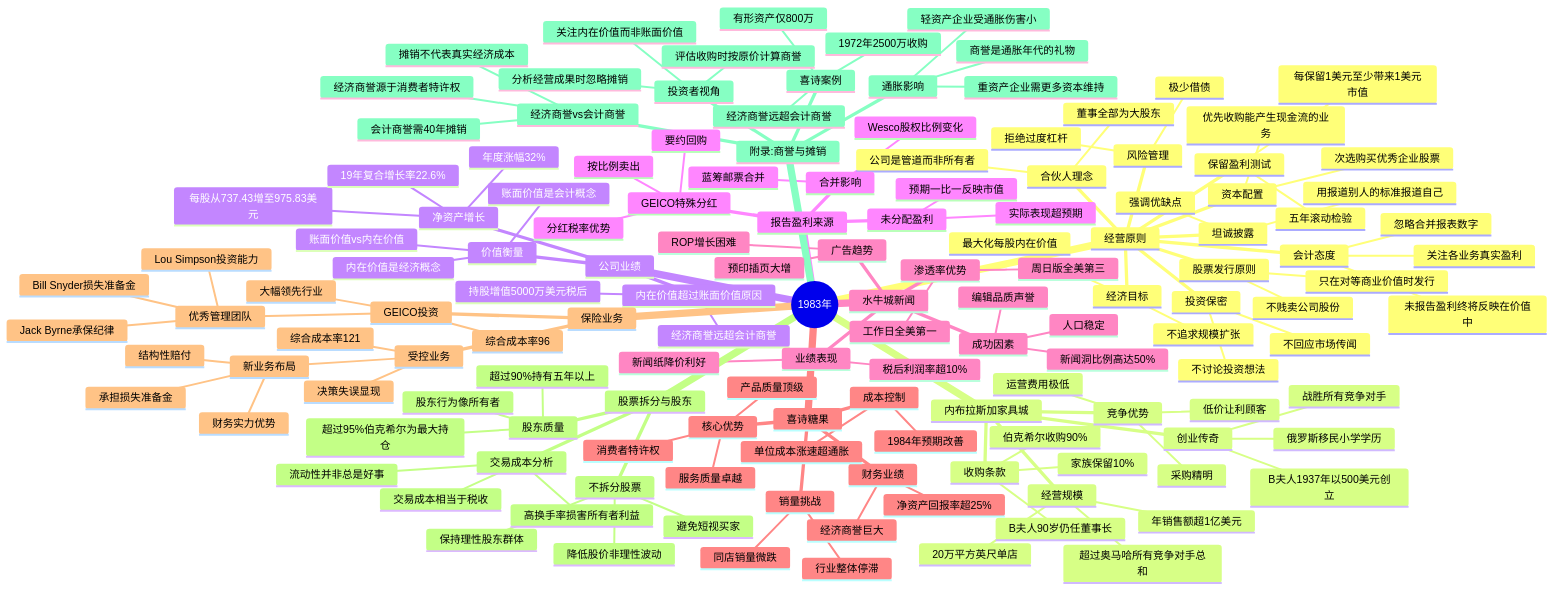
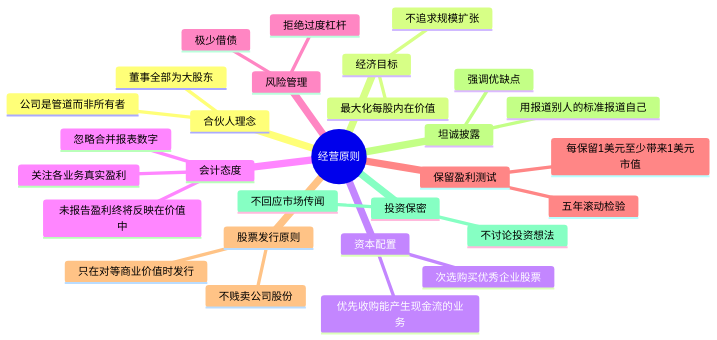
Before and after one commit to carllhm/buffett-knowledge-base: the second of 10 diagrams in docs/01_letters/1983年/思维导图.md, drawn with Mermaid. The commit also changed other lines of this file and 719 other files, not shown here.

Commit message:
思维导图重构：两级结构，总览+折叠子导图

````diff
--- a/docs/01_letters/1983年/思维导图.md
+++ b/docs/01_letters/1983年/思维导图.md
@@ -3,146 +60,32 @@
 ```mermaid
 mindmap
-  root((1983年))
-    经营原则
-      合伙人理念
-        公司是管道而非所有者
-        董事全部为大股东
-      经济目标
-        最大化每股内在价值
-        不追求规模扩张
-      资本配置
-        优先收购能产生现金流的业务
-        次选购买优秀企业股票
-      会计态度
-        忽略合并报表数字
-        关注各业务真实盈利
-        未报告盈利终将反映在价值中
-      风险管理
-        极少借债
-        拒绝过度杠杆
-      保留盈利测试
-        每保留1美元至少带来1美元市值
-        五年滚动检验
-      股票发行原则
-        只在对等商业价值时发行
-        不贱卖公司股份
-      坦诚披露
-        强调优缺点
-        用报道别人的标准报道自己
-      投资保密
-        不讨论投资想法
-        不回应市场传闻
-    内布拉斯加家具城
-      创业传奇
-        B夫人1937年以500美元创立
-        俄罗斯移民小学学历
-        战胜所有竞争对手
-      竞争优势
-        采购精明
-        运营费用极低
-        低价让利顾客
-      经营规模
-        年销售额超1亿美元
-        20万平方英尺单店
-        超过奥马哈所有竞争对手总和
-      收购条款
-        伯克希尔收购90%
-        家族保留10%
-        B夫人90岁仍任董事长
-    公司业绩
-      净资产增长
-        每股从737.43增至975.83美元
-        年度涨幅32%
-        19年复合增长率22.6%
-      价值衡量
-        账面价值vs内在价值
-        账面价值是会计概念
-        内在价值是经济概念
-      内在价值超过账面价值原因
-        持股增值5000万美元税后
-        经济商誉远超会计商誉
-    报告盈利来源
-      合并影响
-        蓝筹邮票合并
-        Wesco股权比例变化
-      GEICO特殊分红
-        要约回购
-        按比例卖出
-        分红税率优势
-      未分配盈利
-        预期一比一反映市值
-        实际表现超预期
-    水牛城新闻
-      业绩表现
-        税后利润率超10%
-        新闻纸降价利好
-      渗透率优势
-        工作日全美第一
-        周日版全美第三
-      成功因素
-        人口稳定
-        编辑品质声誉
-        新闻洞比例高达50%
-      广告趋势
-        ROP增长困难
-        预印插页大增
-    喜诗糖果
-      财务业绩
-        净资产回报率超25%
-        经济商誉巨大
-      成本控制
-        单位成本涨速超通胀
-        1984年预期改善
-      销量挑战
-        同店销量微跌
-        行业整体停滞
-      核心优势
-        消费者特许权
-        产品质量顶级
-        服务质量卓越
-    保险业务
-      受控业务
-        综合成本率121
-        决策失误显现
-        新业务布局
-          结构性赔付
-          承担损失准备金
-          财务实力优势
-      GEICO投资
-        综合成本率96
-        大幅领先行业
-        优秀管理团队
-          Jack Byrne承保纪律
-          Bill Snyder损失准备金
-          Lou Simpson投资能力
-    股票拆分与股东
-      不拆分股票
-        保持理性股东群体
-        避免短视买家
-        降低股价非理性波动
-      股东质量
-        超过90%持有五年以上
-        超过95%伯克希尔为最大持仓
-        股东行为像所有者
-      交易成本分析
-        高换手率损害所有者利益
-        交易成本相当于税收
-        流动性并非总是好事
-    附录:商誉与摊销
-      经济商誉vs会计商誉
-        经济商誉源于消费者特许权
-        会计商誉需40年摊销
-        摊销不代表真实经济成本
-      喜诗案例
-        1972年2500万收购
-        有形资产仅800万
-        经济商誉远超会计商誉
-      通胀影响
-        轻资产企业受通胀伤害小
-        重资产企业需更多资本维持
-        商誉是通胀年代的礼物
-      投资者视角
-        分析经营成果时忽略摊销
-        评估收购时按原价计算商誉
-        关注内在价值而非账面价值
+  root((经营原则))
+    合伙人理念
+      公司是管道而非所有者
+      董事全部为大股东
+    经济目标
+      最大化每股内在价值
+      不追求规模扩张
+    资本配置
+      优先收购能产生现金流的业务
+      次选购买优秀企业股票
+    会计态度
+      忽略合并报表数字
+      关注各业务真实盈利
+      未报告盈利终将反映在价值中
+    风险管理
+      极少借债
+      拒绝过度杠杆
+    保留盈利测试
+      每保留1美元至少带来1美元市值
+      五年滚动检验
+    股票发行原则
+      只在对等商业价值时发行
+      不贱卖公司股份
+    坦诚披露
+      强调优缺点
+      用报道别人的标准报道自己
+    投资保密
+      不讨论投资想法
+      不回应市场传闻
 ```
````
